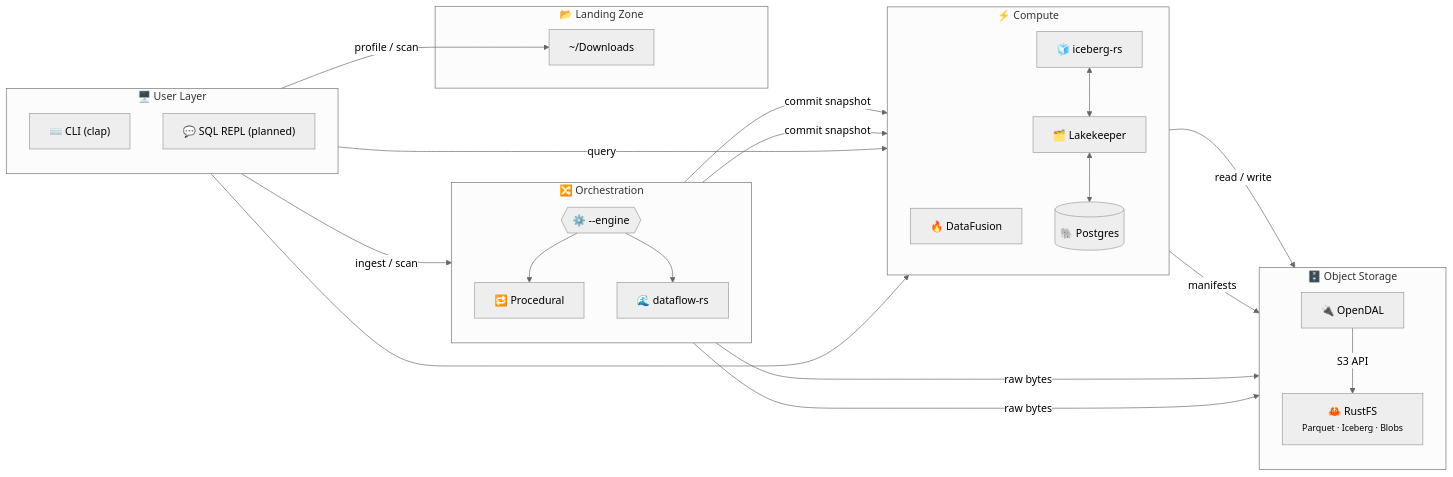
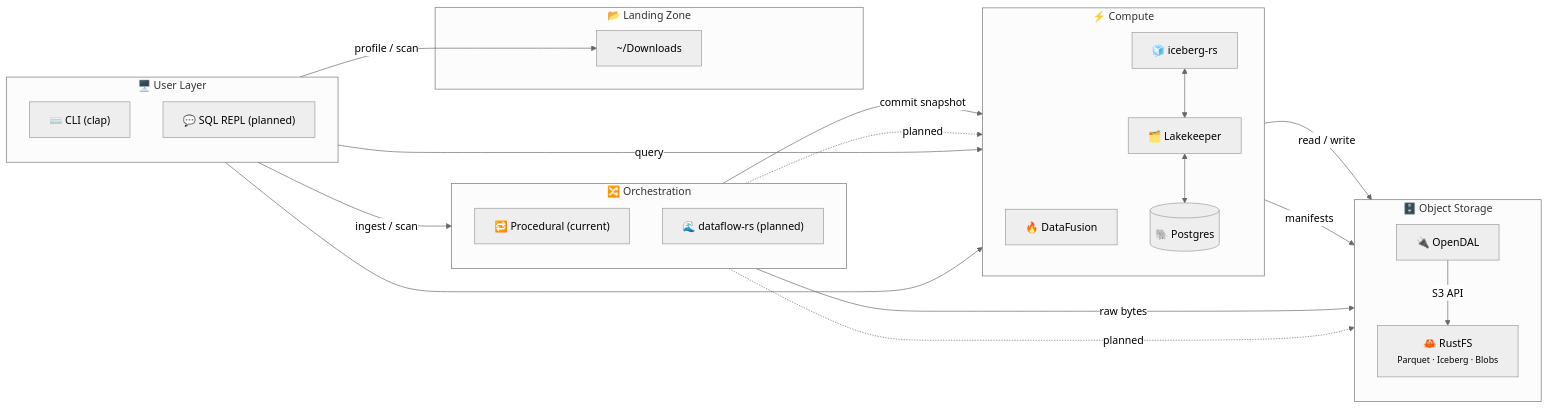
One commit to sm4rtm4art/anti_entropator changed the first of 2 diagrams in docs/design/architecture.md. Above: the diagram before and after it, drawn with Mermaid (neutral theme). The commit also changed other lines of this file and 6 other files, not shown here.

````diff
--- a/docs/design/architecture.md
+++ b/docs/design/architecture.md
@@ -9,47 +9,47 @@
 ```mermaid
 flowchart LR
     subgraph UL["🖥️  User Layer"]
         direction TB
         CLI["⌨️  CLI (clap)"]
         REPL["💬  SQL REPL (planned)"]
     end
 
     subgraph OR["🔀  Orchestration"]
         direction TB
-        SWITCH{{"⚙️  --engine"}}
-        PROC["🔁  Procedural"]
-        DFRS["🌊  dataflow-rs"]
-        SWITCH --> PROC & DFRS
+        PROC["🔁  Procedural (current)"]
+        DFRS["🌊  dataflow-rs (planned)"]
     end
 
     subgraph CP["⚡  Compute"]
         direction TB
         DF["🔥  DataFusion"]
         ICE["🧊  iceberg-rs"]
         CAT["🗂️  Lakekeeper"]
         PG[("🐘  Postgres")]
         ICE <--> CAT <--> PG
     end
 
     subgraph ST["🗄️  Object Storage"]
         direction TB
         IO["🔌  OpenDAL"]
         RFS["🦀  RustFS<br/><small>Parquet · Iceberg · Blobs</small>"]
         IO -->|S3 API| RFS
     end
 
     subgraph LZ["📂  Landing Zone"]
         Downloads["~/Downloads"]
     end
 
     CLI -->|"profile / scan"| Downloads
-    CLI -->|"ingest / scan"| SWITCH
+    CLI -->|"ingest / scan"| PROC
     CLI -->|query| DF
     REPL --> DF
 
-    PROC & DFRS -->|"raw bytes"| IO
-    PROC & DFRS -->|"commit snapshot"| ICE
+    PROC -->|"raw bytes"| IO
+    PROC -->|"commit snapshot"| ICE
+    DFRS -.->|"planned"| IO
+    DFRS -.->|"planned"| ICE
 
     DF -->|"read / write"| IO
     ICE -->|manifests| IO
 ```
````
